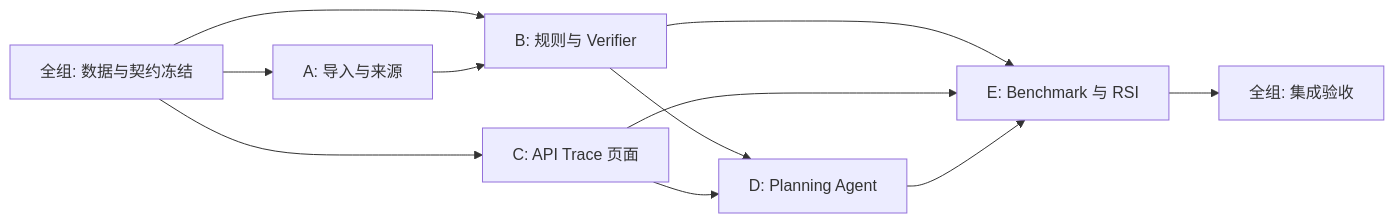
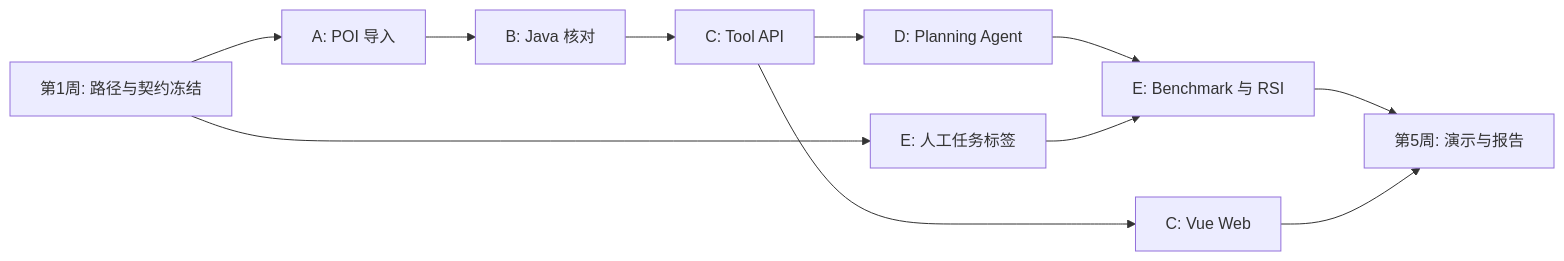
The diagram in docs/diagrams/team-dependencies.mmd (HelicasECoode42/CoursePilot-Evo), drawn with Mermaid before and after one commit. The commit also changed 25 other files, not shown here.

```diff
--- a/docs/diagrams/team-dependencies.mmd
+++ b/docs/diagrams/team-dependencies.mmd
@@ -1,11 +1,11 @@
 flowchart LR
-  S[全组: 数据与契约冻结] --> A[A: 导入与来源]
-  S --> B[B: 规则与 Verifier]
-  S --> C[C: API Trace 页面]
-  A --> B
-  B --> D[D: Planning Agent]
-  C --> D
-  B --> E[E: Benchmark 与 RSI]
-  C --> E
-  D --> E
-  E --> I[全组: 集成验收]
+  S[第1周: 路径与契约冻结] --> A[A: POI 导入]
+  S --> E0[E: 人工任务标签]
+  A --> B[B: Java 核对]
+  B --> C[C: Tool API]
+  C --> D[D: Planning Agent]
+  C --> W[C: Vue Web]
+  D --> E[E: Benchmark 与 RSI]
+  E0 --> E
+  E --> I[第5周: 演示与报告]
+  W --> I
```
